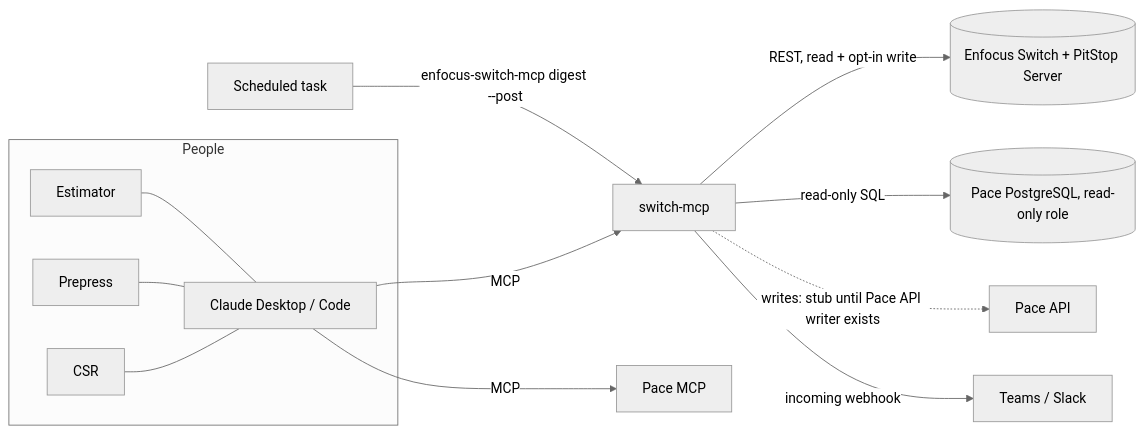
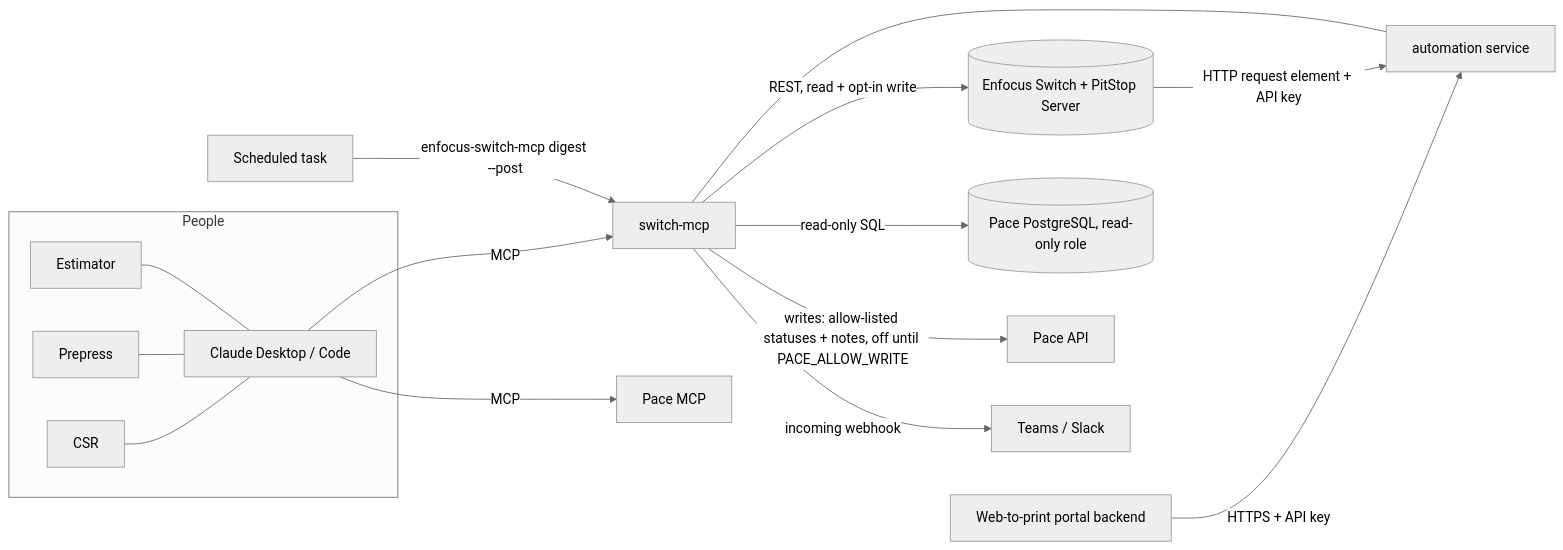
One commit to Drummond-IT/enfocus-switch-api changed the diagram in docs/ai-connector-research.md. Above: the diagram before and after it, drawn with Mermaid (neutral theme). The commit also changed other lines of this file and 17 other files, not shown here.

````diff
--- a/docs/ai-connector-research.md
+++ b/docs/ai-connector-research.md
@@ -75,15 +83,18 @@
 ```mermaid
 flowchart LR
   subgraph People
     CSR[CSR] --- Claude
     PP[Prepress] --- Claude
     EST[Estimator] --- Claude
   end
   Claude[Claude Desktop / Code] -->|MCP| SW[switch-mcp]
   Claude -->|MCP| PMCP[Pace MCP]
+  Portal[Web-to-print portal backend] -->|HTTPS + API key| SVC[automation service]
+  Switch -->|HTTP request element + API key| SVC
+  SVC --- SW
   SW -->|REST, read + opt-in write| Switch[(Enfocus Switch + PitStop Server)]
   SW -->|read-only SQL| PDB[(Pace PostgreSQL, read-only role)]
-  SW -.->|writes: stub until Pace API writer exists| PAPI[Pace API]
+  SW -->|writes: allow-listed statuses + notes, off until PACE_ALLOW_WRITE| PAPI[Pace API]
   Sched[Scheduled task] -->|enfocus-switch-mcp digest --post| SW
   SW -->|incoming webhook| Teams[Teams / Slack]
 ```
````
